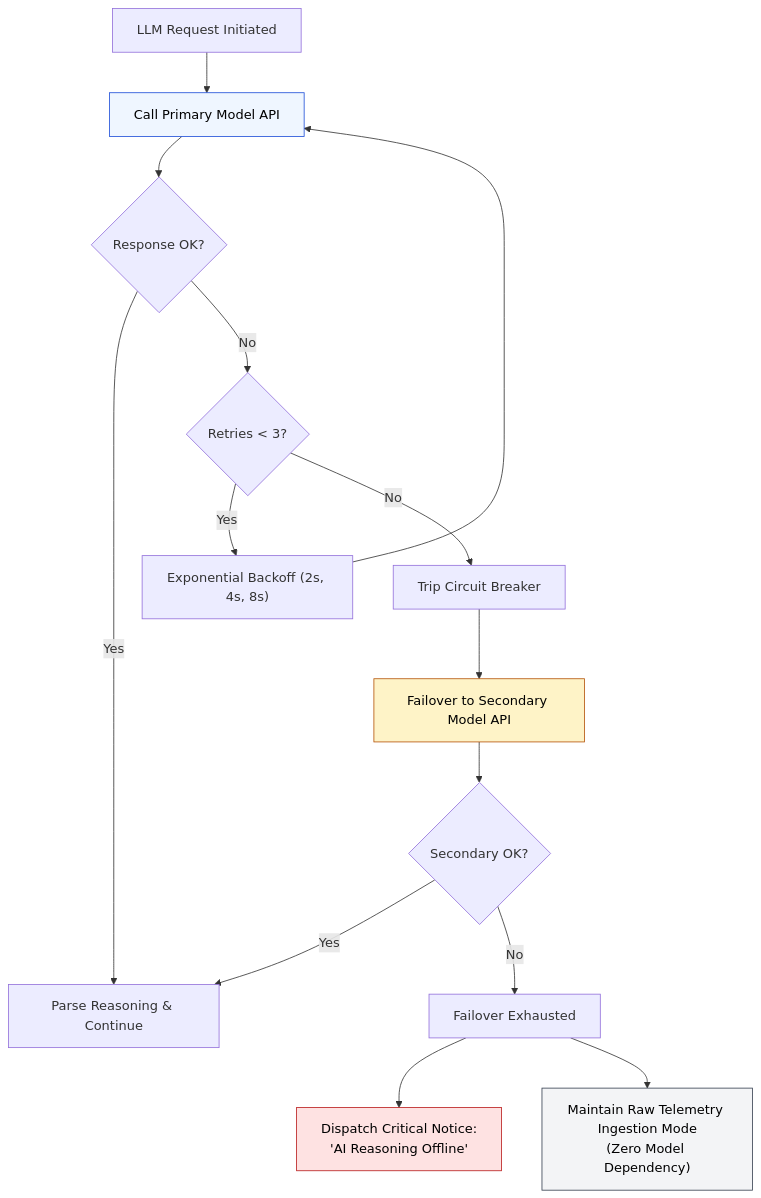
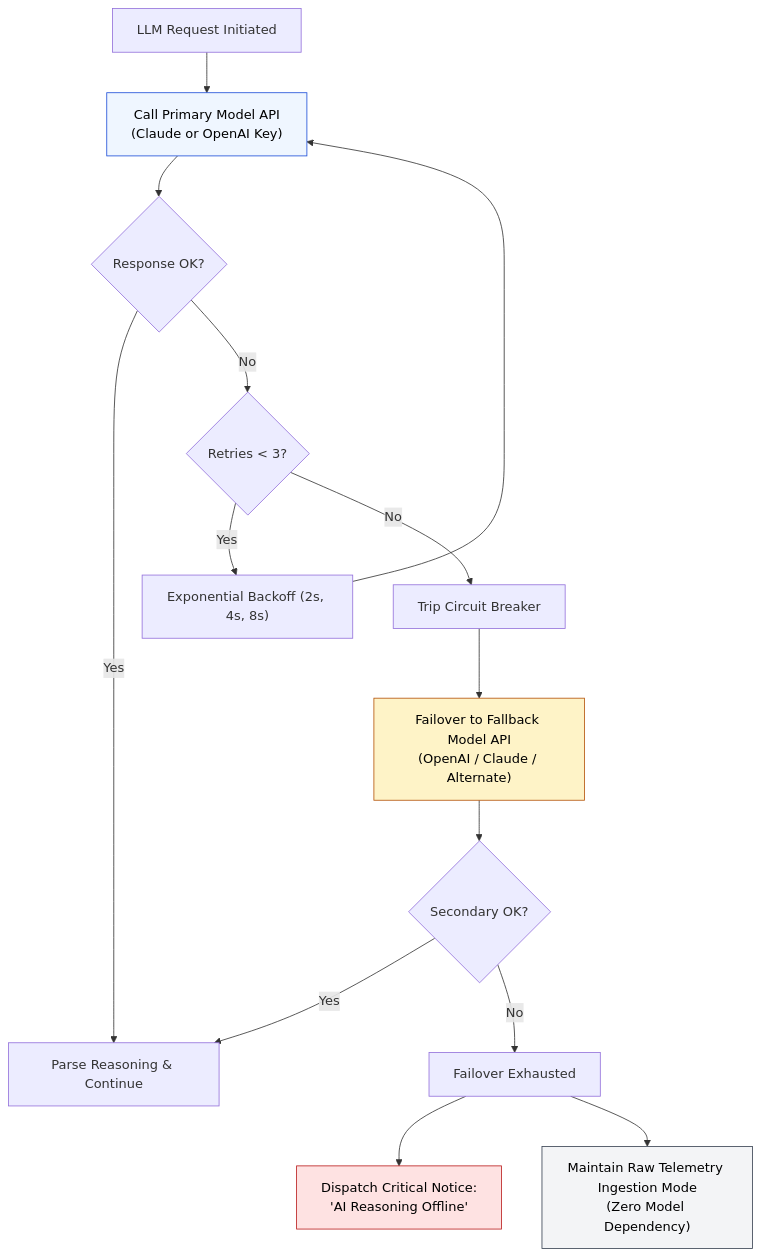
The fifth of 5 diagrams in artifacts/scope_and_constraints.md (DiwasDev/AI-SRE), drawn with Mermaid before and after one commit. The commit also changed other lines of this file and 1 other file, not shown here.

Commit message:
Update approval flow to single-gate and support multi-provider LLM fallback

````diff
--- a/artifacts/scope_and_constraints.md
+++ b/artifacts/scope_and_constraints.md
@@ -295,25 +231,25 @@
 ```mermaid
 flowchart TD
-    Req["LLM Request Initiated"] --> CallPrimary["Call Primary Model API"]
+    Req["LLM Request Initiated"] --> CallPrimary["Call Primary Model API<br/>(Claude or OpenAI Key)"]
     CallPrimary --> SuccessPrimary{"Response OK?"}
     
     SuccessPrimary -- "Yes" --> Parse["Parse Reasoning & Continue"]
     SuccessPrimary -- "No" --> Retry{"Retries < 3?"}
     
     Retry -- "Yes" --> Wait["Exponential Backoff (2s, 4s, 8s)"] --> CallPrimary
     Retry -- "No" --> Trip["Trip Circuit Breaker"]
     
-    Trip --> CallSecondary["Failover to Secondary Model API"]
+    Trip --> CallSecondary["Failover to Fallback Model API<br/>(OpenAI / Claude / Alternate)"]
     CallSecondary --> SuccessSec{"Secondary OK?"}
     
     SuccessSec -- "Yes" --> Parse
     SuccessSec -- "No" --> Fatal["Failover Exhausted"]
     
     Fatal --> AlertHuman["Dispatch Critical Notice:<br/>'AI Reasoning Offline'"]
     Fatal --> RawMode["Maintain Raw Telemetry Ingestion Mode<br/>(Zero Model Dependency)"]
 
     style CallPrimary fill:#eff6ff,stroke:#1d4ed8,color:#000
     style CallSecondary fill:#fef3c7,stroke:#b45309,color:#000
     style AlertHuman fill:#fee2e2,stroke:#b91c1c,color:#000
     style RawMode fill:#f3f4f6,stroke:#374151,color:#000
 ```
````
